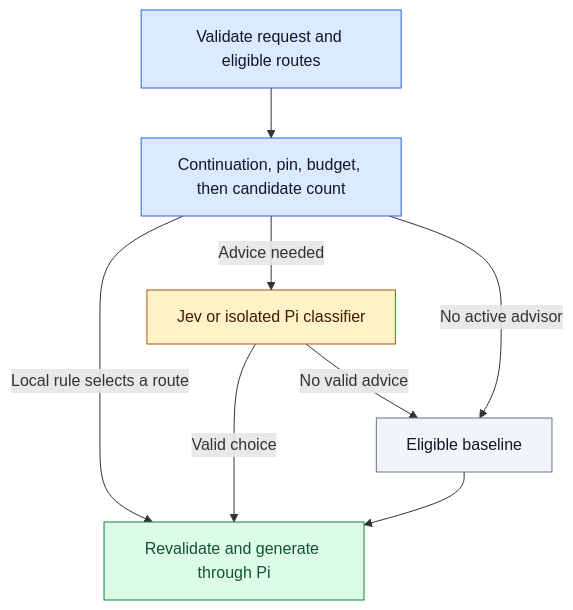
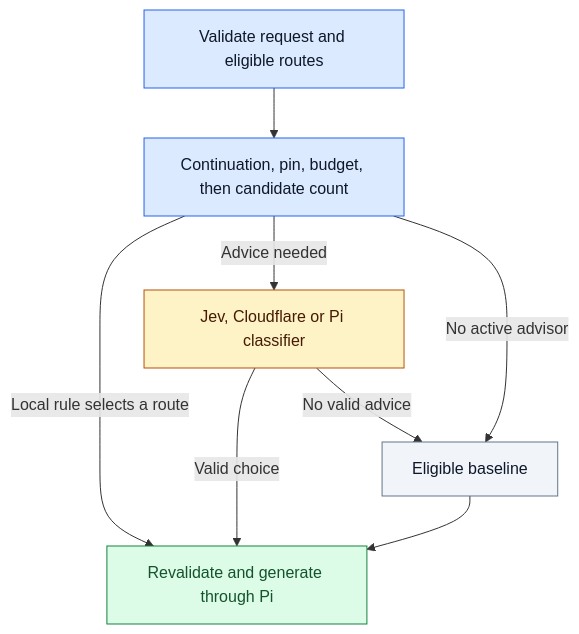
One commit to alexei-led/pi-model-router changed the second of 3 diagrams in docs/architecture.md. Above: the diagram before and after it, drawn with Mermaid. The commit also changed other lines of this file and 43 other files, not shown here.

````diff
--- a/docs/architecture.md
+++ b/docs/architecture.md
@@ -51,18 +54,18 @@
 ```mermaid
 flowchart TD
     Start["Validate request and eligible routes"] --> Policy["Continuation, pin, budget, then candidate count"]
     Policy -->|"Local rule selects a route"| Generate["Revalidate and generate through Pi"]
-    Policy -->|"Advice needed"| Advisor["Jev or isolated Pi classifier"]
+    Policy -->|"Advice needed"| Advisor["Jev, Cloudflare or Pi classifier"]
     Advisor -->|"Valid choice"| Generate
     Advisor -->|"No valid advice"| Baseline["Eligible baseline"]
     Policy -->|"No active advisor"| Baseline
     Baseline --> Generate
     classDef policy fill:#dbeafe,stroke:#2563eb,color:#0f172a
     classDef advisor fill:#fef3c7,stroke:#b45309,color:#451a03
     classDef generation fill:#dcfce7,stroke:#15803d,color:#14532d
     classDef local fill:#f1f5f9,stroke:#64748b,color:#0f172a
     class Start,Policy policy
     class Advisor advisor
     class Generate generation
     class Baseline local
 ```
````
